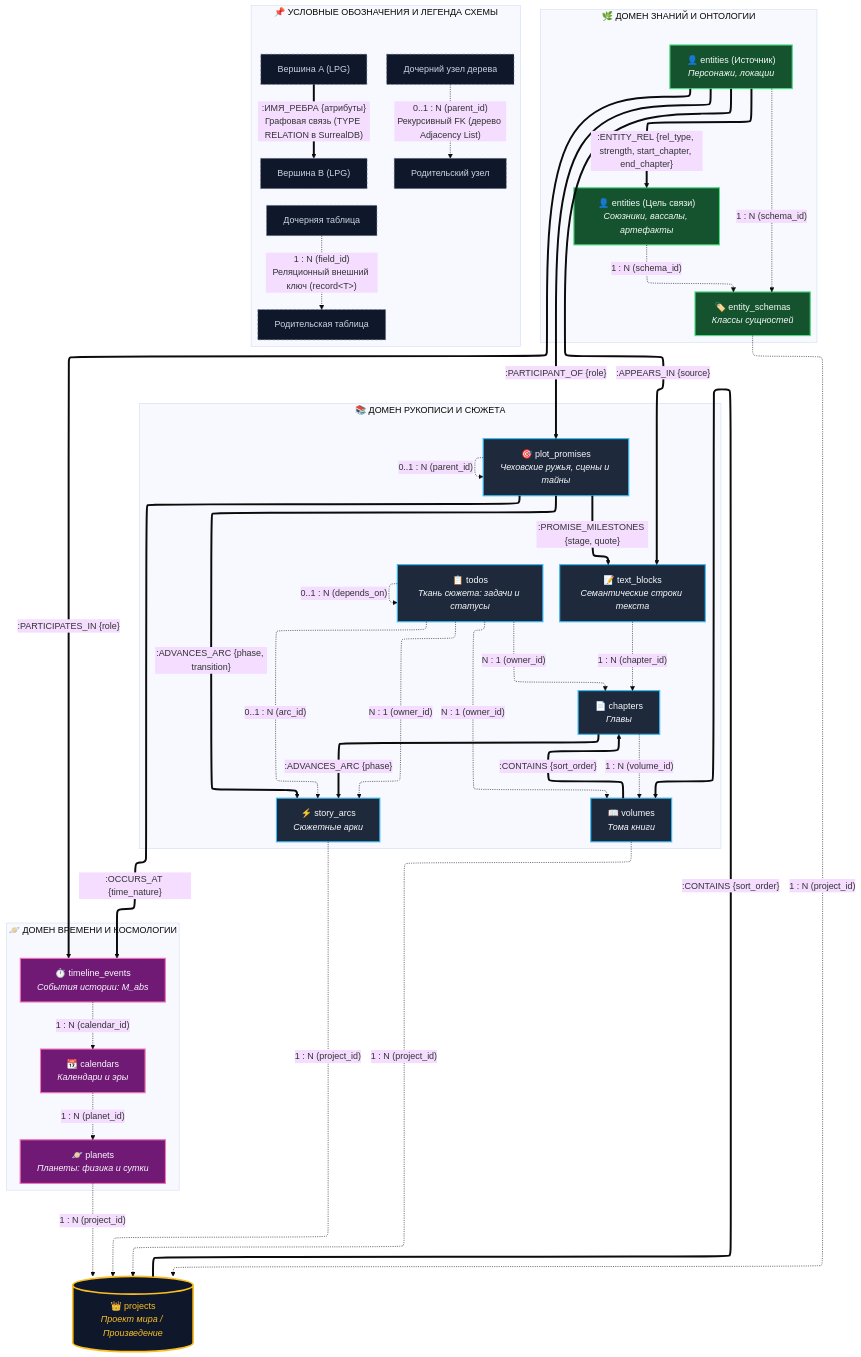
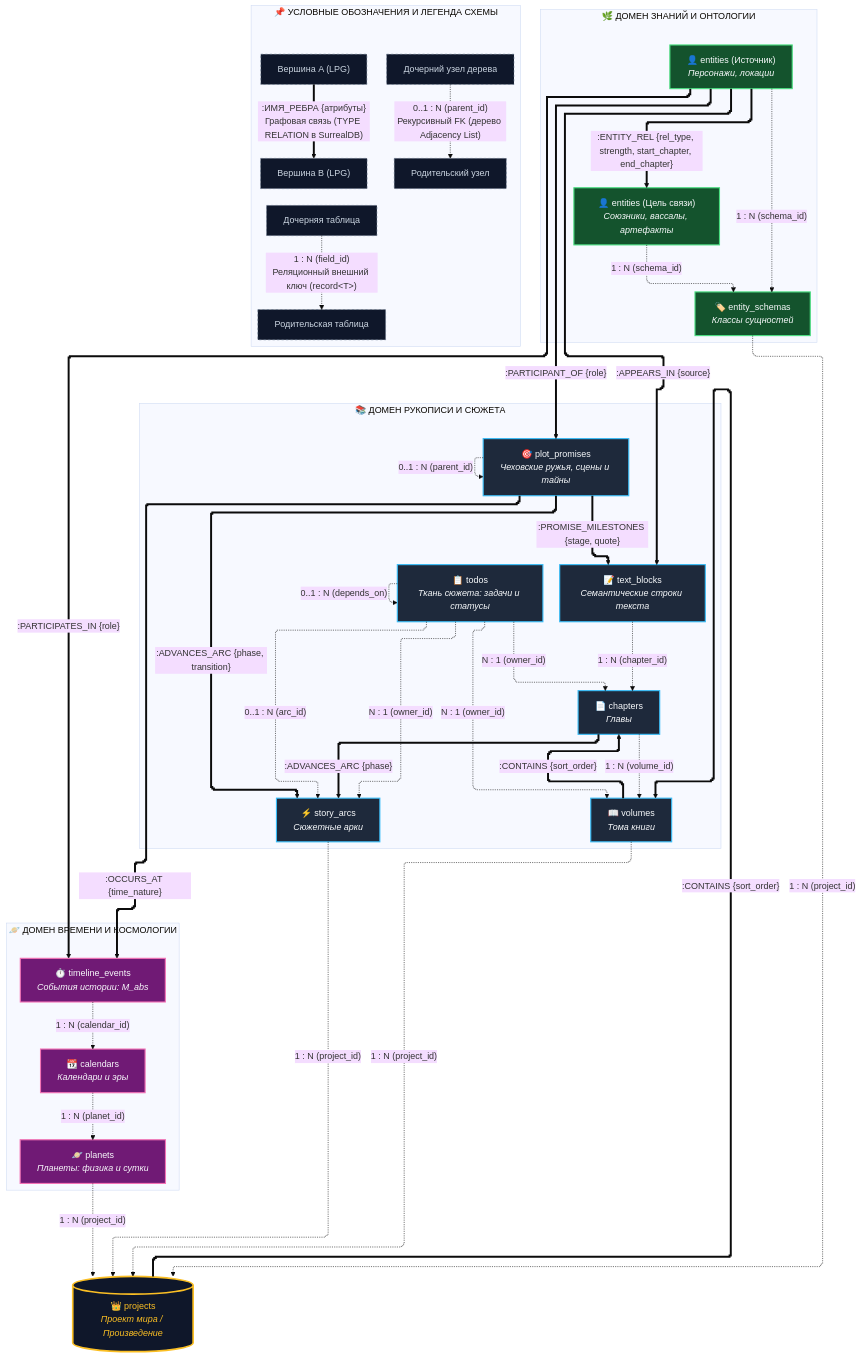
One commit to nagisokyn-prog/WorldWiki changed the diagram in docs/coursework/02_Исследовательская_часть/2.8_концептуальная_схема.md. Above: the diagram before and after it, drawn with Mermaid (base theme). The commit also changed other lines of this file and 17 other files, not shown here.

````diff
--- a/docs/coursework/02_Исследовательская_часть/2.8_концептуальная_схема.md
+++ b/docs/coursework/02_Исследовательская_часть/2.8_концептуальная_схема.md
@@ -45,6 +45,6 @@
 ```mermaid
+%%{init: {"flowchart": {"defaultRenderer": "elk", "curve": "stepAfter"}}}%%
 flowchart TB
-%%{init: {"flowchart": {"defaultRenderer": "elk"}} }%%
 %% mermaid-lint-disable no-self-loop
 
     %% ==========================================
````
